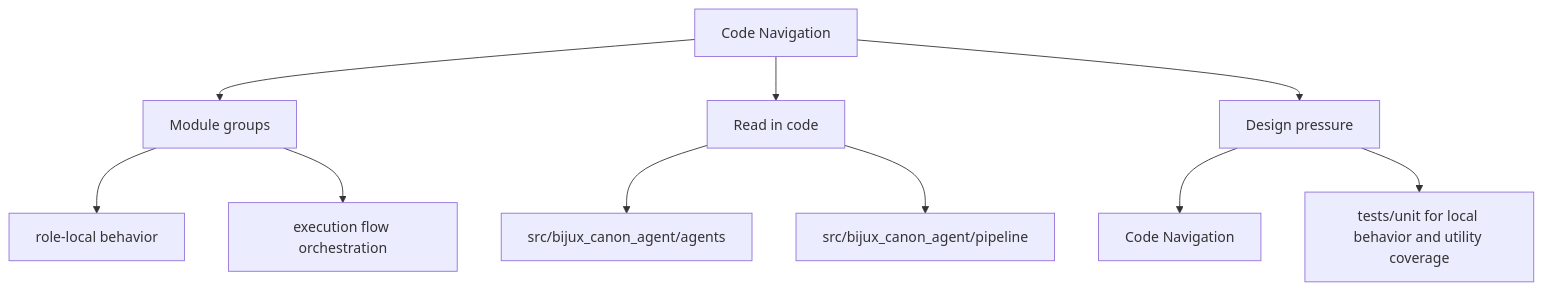
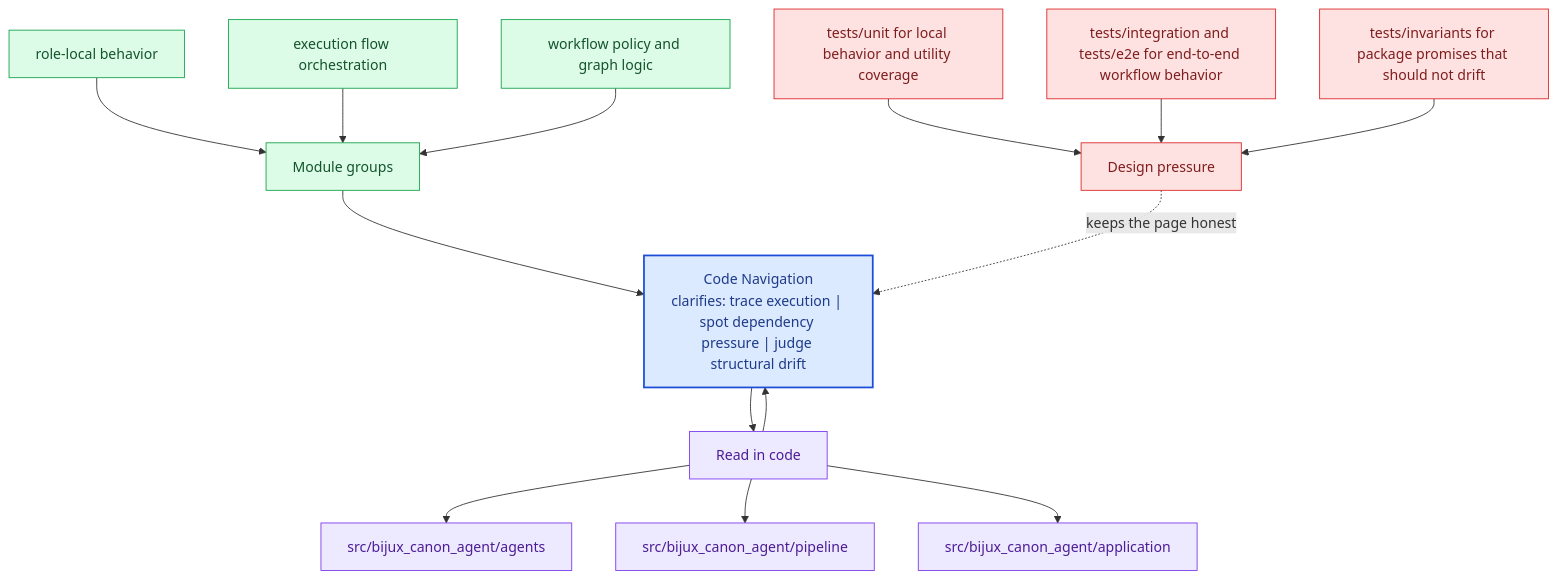
The second of 2 diagrams in docs/bijux-canon-agent/architecture/code-navigation.md (bijux/bijux-canon), drawn with Mermaid before and after one commit. The commit also changed other lines of this file and 281 other files, not shown here.

Commit message:
docs(diagrams): deepen handbook mermaid maps across the catalog

````diff
--- a/docs/bijux-canon-agent/architecture/code-navigation.md
+++ b/docs/bijux-canon-agent/architecture/code-navigation.md
@@ -33,22 +66,40 @@
 ```mermaid
-flowchart TD
-    page["Code Navigation"]
+flowchart TB
+    promise["Code Navigation<br/>clarifies: trace execution | spot dependency pressure | judge structural drift"]
+    classDef promise fill:#dbeafe,stroke:#1d4ed8,color:#1e3a8a,stroke-width:2px;
+    classDef driver fill:#dcfce7,stroke:#16a34a,color:#14532d;
+    classDef constraint fill:#fee2e2,stroke:#dc2626,color:#7f1d1d;
+    classDef ground fill:#ede9fe,stroke:#7c3aed,color:#4c1d95;
     focus1["Module groups"]
-    page --> focus1
+    focus1 --> promise
     focus1_1["role-local behavior"]
-    focus1 --> focus1_1
+    focus1_1 --> focus1
     focus1_2["execution flow orchestration"]
-    focus1 --> focus1_2
+    focus1_2 --> focus1
+    focus1_3["workflow policy and graph logic"]
+    focus1_3 --> focus1
+    class focus1 driver;
+    class focus1_1,focus1_2,focus1_3 driver;
     focus2["Read in code"]
-    page --> focus2
+    focus2 --> promise
+    promise --> focus2
     focus2_1["src/bijux_canon_agent/agents"]
     focus2 --> focus2_1
     focus2_2["src/bijux_canon_agent/pipeline"]
     focus2 --> focus2_2
+    focus2_3["src/bijux_canon_agent/application"]
+    focus2 --> focus2_3
+    class focus2 ground;
+    class focus2_1,focus2_2,focus2_3 ground;
     focus3["Design pressure"]
-    page --> focus3
-    focus3_1["Code Navigation"]
-    focus3 --> focus3_1
-    focus3_2["tests/unit for local behavior and utility coverage"]
-    focus3 --> focus3_2
+    focus3 -.keeps the page honest.-> promise
+    focus3_1["tests/unit for local behavior and utility coverage"]
+    focus3_1 --> focus3
+    focus3_2["tests/integration and tests/e2e for end-to-end workflow behavior"]
+    focus3_2 --> focus3
+    focus3_3["tests/invariants for package promises that should not drift"]
+    focus3_3 --> focus3
+    class focus3 constraint;
+    class focus3_1,focus3_2,focus3_3 constraint;
+    class promise promise;
 ```
````
